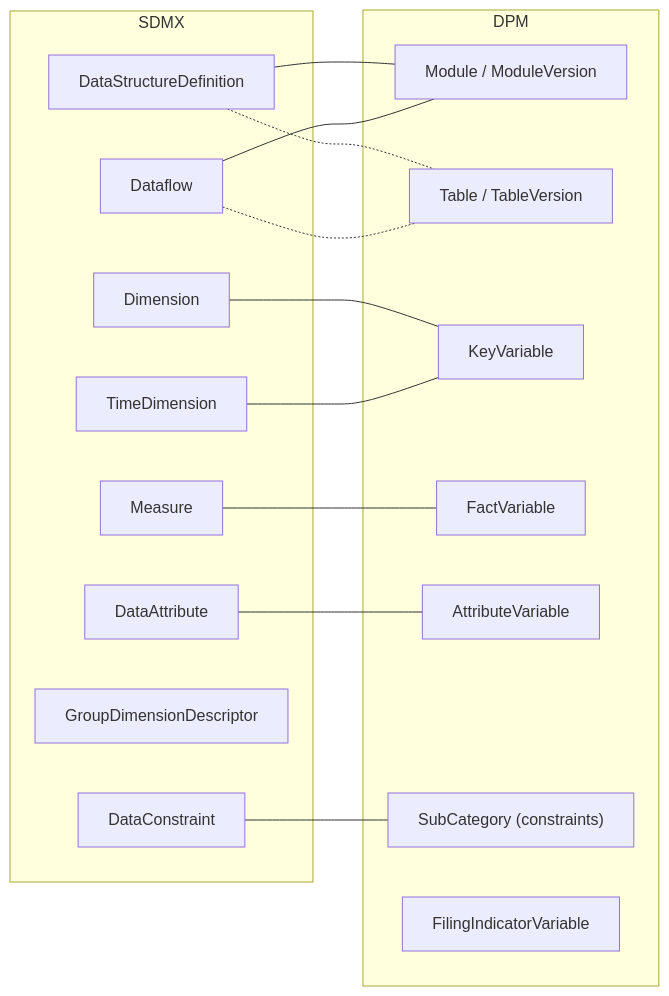
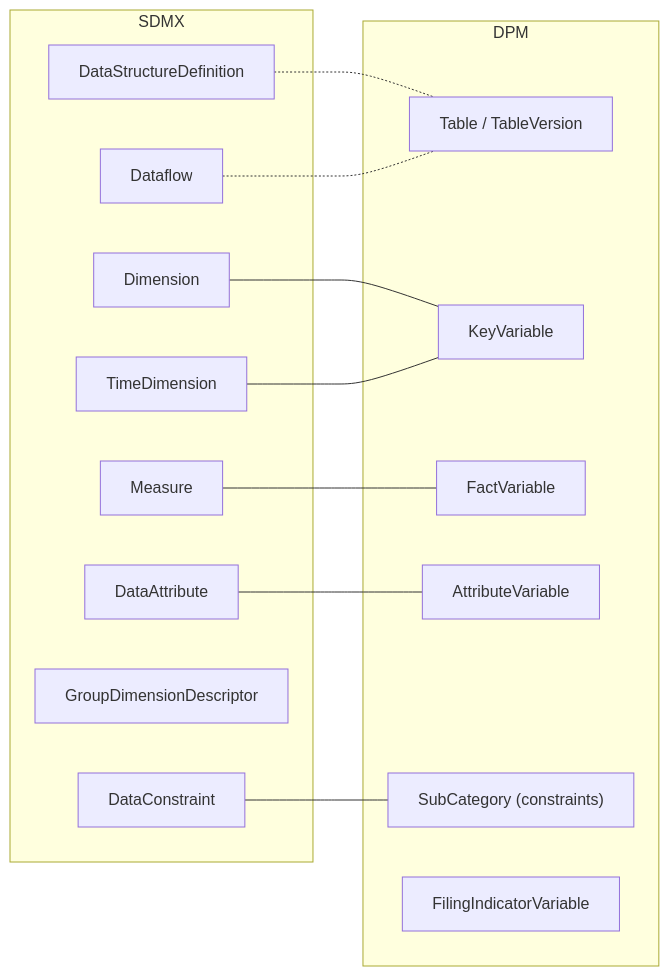
One commit to sdmx-twg/wp-sdmx-dpm changed the diagram in docs/models-relationships/02_data_definition/02_high_level_mapping_summary.md. Above: the diagram before and after it, drawn with Mermaid. The commit also changed other lines of this file and 1 other file, not shown here.

First line of the commit message:
docs: remove incorrect DSD/Dataflow→Module/ModuleVersion mappings and align ReportingTaxonomy

````diff
--- a/docs/models-relationships/02_data_definition/02_high_level_mapping_summary.md
+++ b/docs/models-relationships/02_data_definition/02_high_level_mapping_summary.md
@@ -32,33 +30,30 @@
 ```mermaid
 flowchart LR
   subgraph SDMX
     sDSD["DataStructureDefinition"]
     sDataflow["Dataflow"]
     sDim["Dimension"]
     sTimeDim["TimeDimension"]
     sMeasure["Measure"]
     sAttr["DataAttribute"]
     sGroup["GroupDimensionDescriptor"]
     sConstraint["DataConstraint"]
   end
 
   subgraph DPM
-    dModule["Module / ModuleVersion"]
     dTable["Table / TableVersion"]
     dKeyVar["KeyVariable"]
     dFactVar["FactVariable"]
     dAttrVar["AttributeVariable"]
     dSubCat["SubCategory (constraints)"]
     dFiling["FilingIndicatorVariable"]
   end
 
-  sDSD --- dModule
-  sDataflow --- dModule
   sDSD -.- dTable
   sDataflow -.- dTable
   sDim --- dKeyVar
   sTimeDim --- dKeyVar
   sMeasure --- dFactVar
   sAttr --- dAttrVar
   sConstraint --- dSubCat
 ```
````
